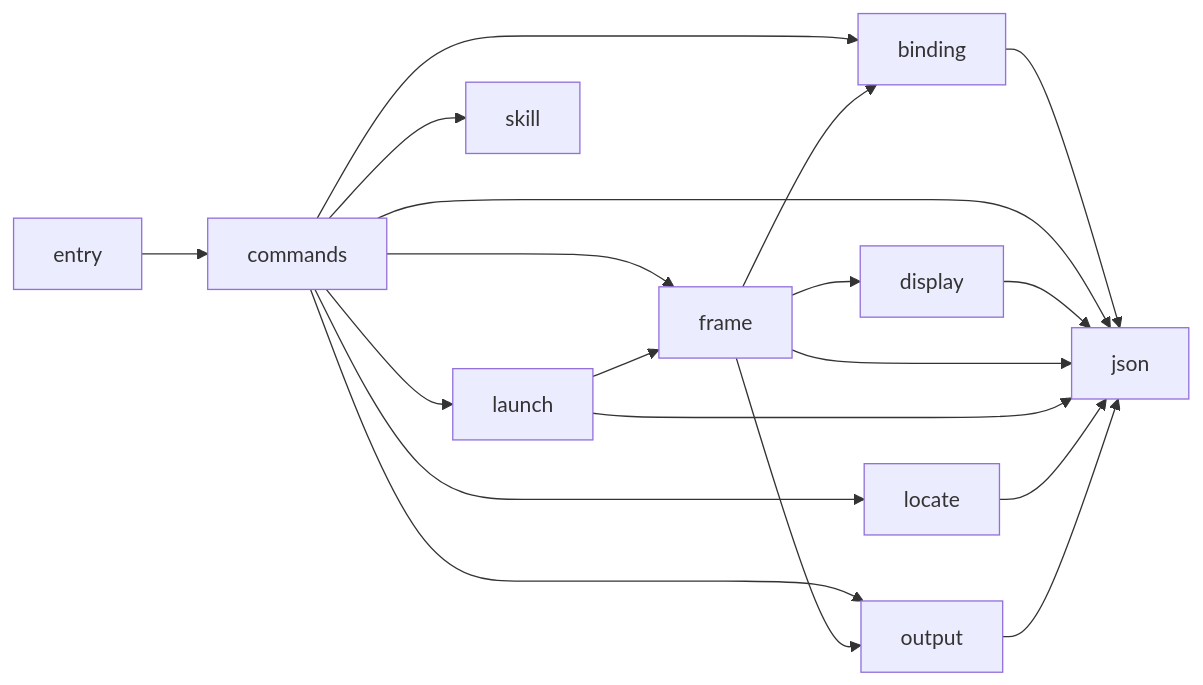
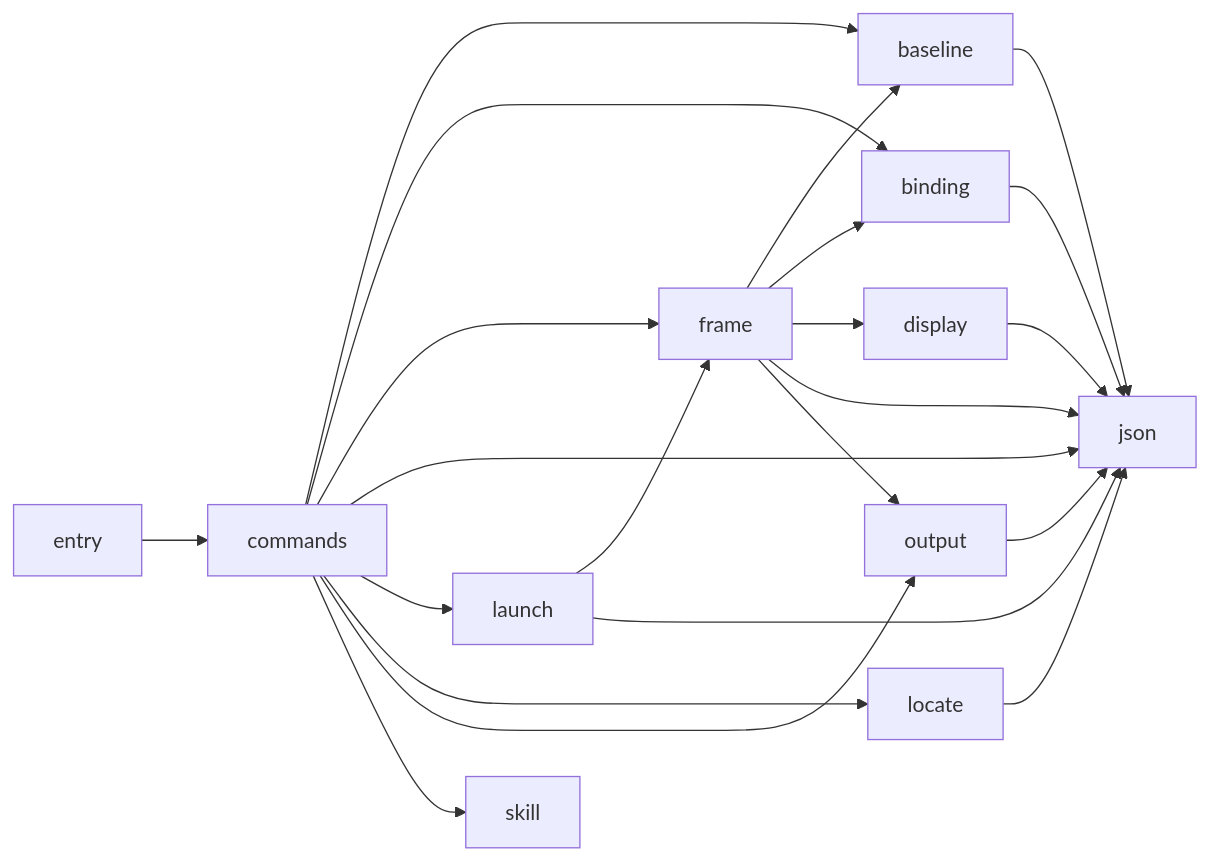
Before and after one commit to rapiddweller/archkeel: the diagram in docs/architecture/shell.md, drawn with Mermaid. The commit also changed other lines of this file and 9 other files, not shown here.

````diff
--- a/docs/architecture/shell.md
+++ b/docs/architecture/shell.md
@@ -46,31 +47,35 @@
 ```mermaid
 flowchart LR
-    n_0["binding"]
-    n_1["commands"]
-    n_2["display"]
-    n_3["entry"]
-    n_4["frame"]
-    n_5["json"]
-    n_6["launch"]
-    n_7["locate"]
-    n_8["output"]
-    n_9["skill"]
-    n_0 --> n_5
-    n_1 --> n_0
-    n_1 --> n_4
-    n_1 --> n_5
+    n_0["baseline"]
+    n_1["binding"]
+    n_2["commands"]
+    n_3["display"]
+    n_4["entry"]
+    n_5["frame"]
+    n_6["json"]
+    n_7["launch"]
+    n_8["locate"]
+    n_9["output"]
+    n_10["skill"]
+    n_0 --> n_6
     n_1 --> n_6
-    n_1 --> n_7
-    n_1 --> n_8
-    n_1 --> n_9
+    n_2 --> n_0
+    n_2 --> n_1
     n_2 --> n_5
-    n_3 --> n_1
-    n_4 --> n_0
+    n_2 --> n_6
+    n_2 --> n_7
+    n_2 --> n_8
+    n_2 --> n_9
+    n_2 --> n_10
+    n_3 --> n_6
     n_4 --> n_2
-    n_4 --> n_5
-    n_4 --> n_8
-    n_6 --> n_4
-    n_6 --> n_5
+    n_5 --> n_0
+    n_5 --> n_1
+    n_5 --> n_3
+    n_5 --> n_6
+    n_5 --> n_9
     n_7 --> n_5
-    n_8 --> n_5
+    n_7 --> n_6
+    n_8 --> n_6
+    n_9 --> n_6
 ```
````
